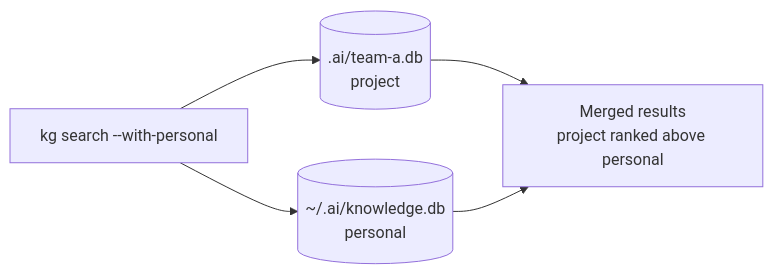
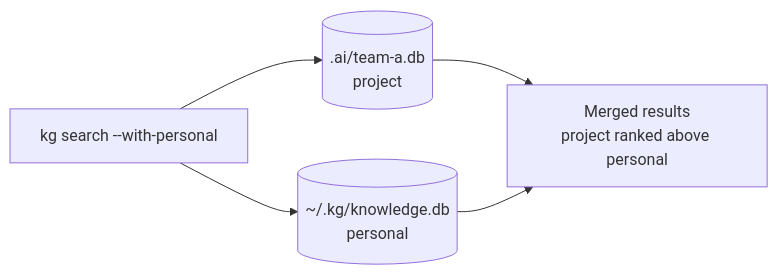
One commit to Cortexa-LLC/mcp changed the third of 3 diagrams in src/kg/README.md. Above: the diagram before and after it, drawn with Mermaid. The commit also changed other lines of this file and 6 other files, not shown here.

````diff
--- a/src/kg/README.md
+++ b/src/kg/README.md
@@ -60,7 +60,7 @@
 ```mermaid
 graph LR
     Search["kg search --with-personal"] --> Project[(".ai/team-a.db\nproject")]
-    Search --> Personal[("~/.ai/knowledge.db\npersonal")]
+    Search --> Personal[("~/.kg/knowledge.db\npersonal")]
     Project --> Merged["Merged results\nproject ranked above personal"]
     Personal --> Merged
 ```
````
